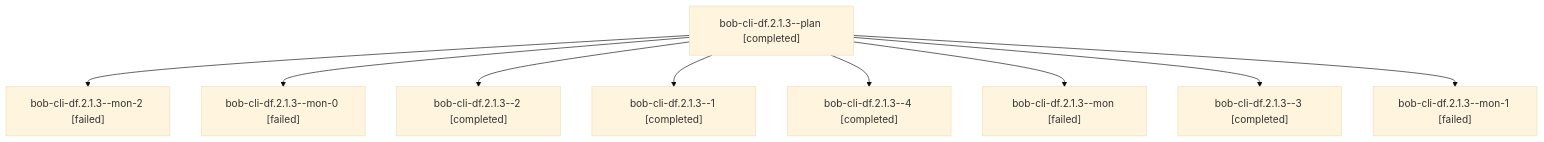
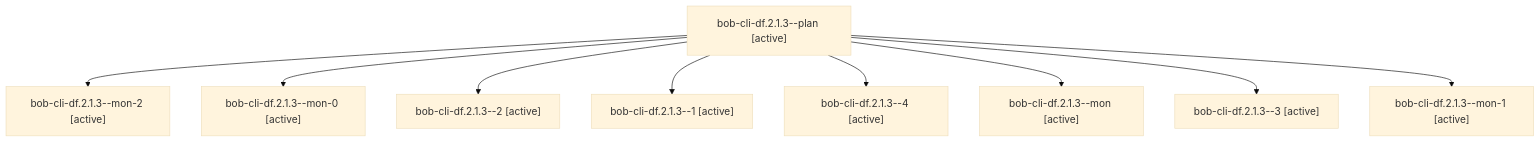
Before and after one commit to bobs-org/bob-cli--agents: the diagram in sessions/bbugyi200.athena.bob-cli-df.2.1.3.md, drawn with Mermaid (base theme). The commit also changed other lines of this file and 128 other files, not shown here.

````diff
--- a/sessions/bbugyi200.athena.bob-cli-df.2.1.3.md
+++ b/sessions/bbugyi200.athena.bob-cli-df.2.1.3.md
@@ -9,20 +9,20 @@
 ```mermaid
 flowchart TD
-  n0["bob-cli-df.2.1.3--plan [completed]"]
-  n1["bob-cli-df.2.1.3--mon-2 [failed]"]
+  n0["bob-cli-df.2.1.3--plan [active]"]
+  n1["bob-cli-df.2.1.3--mon-2 [active]"]
   n0 --> n1
-  n2["bob-cli-df.2.1.3--mon-0 [failed]"]
+  n2["bob-cli-df.2.1.3--mon-0 [active]"]
   n0 --> n2
-  n3["bob-cli-df.2.1.3--2 [completed]"]
+  n3["bob-cli-df.2.1.3--2 [active]"]
   n0 --> n3
-  n4["bob-cli-df.2.1.3--1 [completed]"]
+  n4["bob-cli-df.2.1.3--1 [active]"]
   n0 --> n4
-  n5["bob-cli-df.2.1.3--4 [completed]"]
+  n5["bob-cli-df.2.1.3--4 [active]"]
   n0 --> n5
-  n6["bob-cli-df.2.1.3--mon [failed]"]
+  n6["bob-cli-df.2.1.3--mon [active]"]
   n0 --> n6
-  n7["bob-cli-df.2.1.3--3 [completed]"]
+  n7["bob-cli-df.2.1.3--3 [active]"]
   n0 --> n7
-  n8["bob-cli-df.2.1.3--mon-1 [failed]"]
+  n8["bob-cli-df.2.1.3--mon-1 [active]"]
   n0 --> n8
 ```
````
